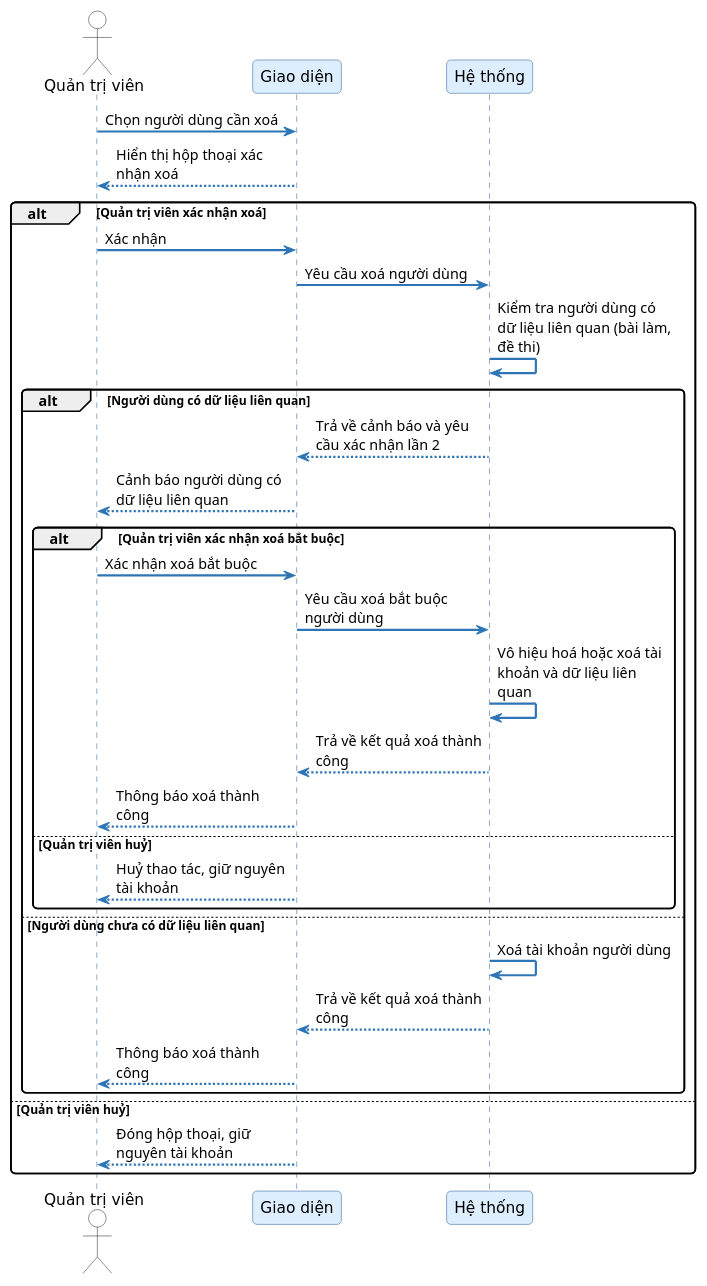
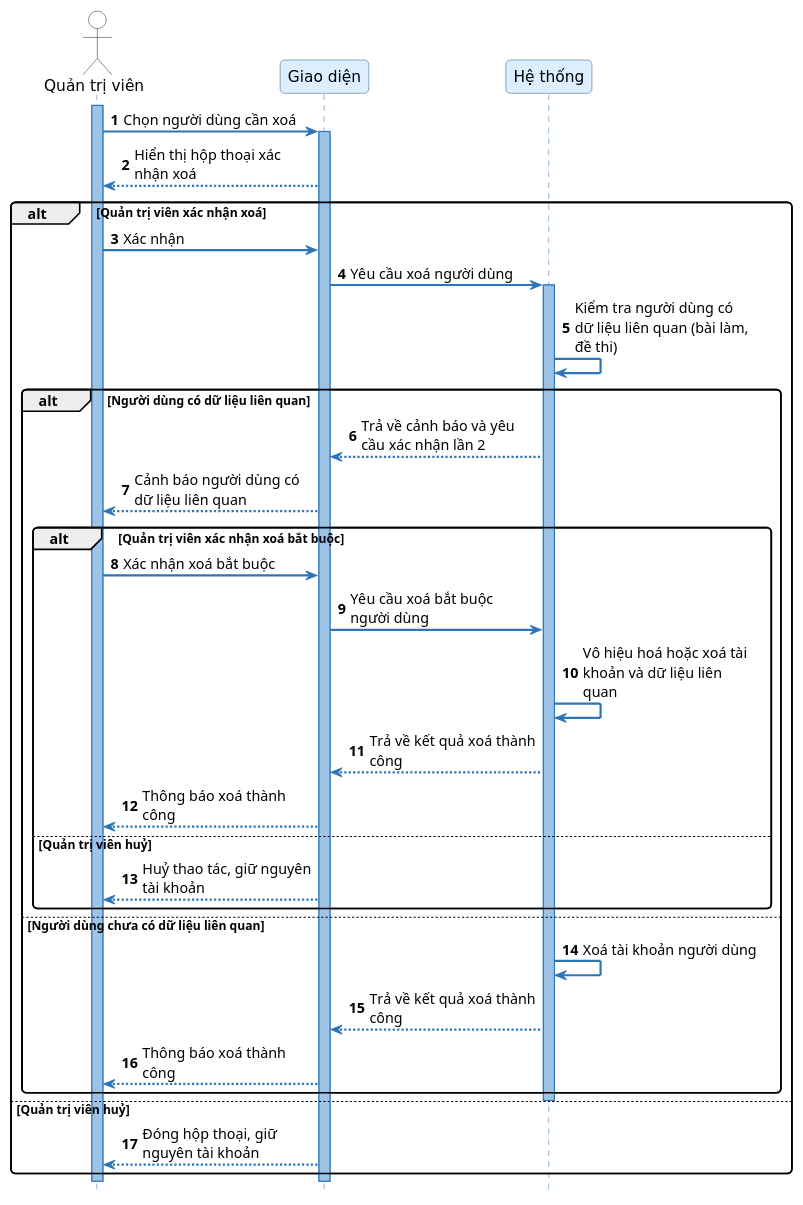
Before and after one commit to trantrungno3/ExamHub: the diagram in uml/seq_diagrams/SD43_xoa_nguoi_dung.puml, drawn with PlantUML. The commit also changed 100 other files, not shown here.

First line of the commit message:
Refactor sequence diagrams for exam generation and management

```diff
--- a/uml/seq_diagrams/SD43_xoa_nguoi_dung.puml
+++ b/uml/seq_diagrams/SD43_xoa_nguoi_dung.puml
@@ -1,56 +1,62 @@
-@startuml SD44_xoa_nguoi_dung
+@startuml SD43_xoa_nguoi_dung
+autonumber
 skinparam sequenceArrowThickness 2
 skinparam roundcorner 8
 skinparam maxmessagesize 160
 skinparam sequence {
     ArrowColor #2E75B6
     ActorBorderColor #333333
-    LifeLineBorderColor #336699
-    LifeLineBackgroundColor #EEF4FF
+    LifeLineBorderColor #2E75B6
+    LifeLineBackgroundColor #9DC3E6
     ParticipantBorderColor #336699
     ParticipantBackgroundColor #DDEEFF
     ParticipantFontSize 14
     ParticipantFontName "DejaVu Sans"
     ActorBackgroundColor White
     ActorFontName "DejaVu Sans"
     ActorFontSize 14
     NoteBackgroundColor #FFFFCC
     NoteBorderColor #CCCC00
 }
 skinparam fontname "DejaVu Sans"
+hide footbox
 
 actor "Quản trị viên" as Admin
 participant "Giao diện" as FE
 participant "Hệ thống" as SYS
 
-Admin -> FE : Chọn người dùng cần xoá
+activate Admin
+Admin -> FE ++ : Chọn người dùng cần xoá
 FE --> Admin : Hiển thị hộp thoại xác nhận xoá
 
 alt Quản trị viên xác nhận xoá
     Admin -> FE : Xác nhận
-    FE -> SYS : Yêu cầu xoá người dùng
+    FE -> SYS ++ : Yêu cầu xoá người dùng
     SYS -> SYS : Kiểm tra người dùng có dữ liệu liên quan (bài làm, đề thi)
 
     alt Người dùng có dữ liệu liên quan
         SYS --> FE : Trả về cảnh báo và yêu cầu xác nhận lần 2
         FE --> Admin : Cảnh báo người dùng có dữ liệu liên quan
 
         alt Quản trị viên xác nhận xoá bắt buộc
             Admin -> FE : Xác nhận xoá bắt buộc
             FE -> SYS : Yêu cầu xoá bắt buộc người dùng
             SYS -> SYS : Vô hiệu hoá hoặc xoá tài khoản và dữ liệu liên quan
             SYS --> FE : Trả về kết quả xoá thành công
             FE --> Admin : Thông báo xoá thành công
         else Quản trị viên huỷ
             FE --> Admin : Huỷ thao tác, giữ nguyên tài khoản
         end
     else Người dùng chưa có dữ liệu liên quan
         SYS -> SYS : Xoá tài khoản người dùng
         SYS --> FE : Trả về kết quả xoá thành công
         FE --> Admin : Thông báo xoá thành công
     end
+    deactivate SYS
 else Quản trị viên huỷ
     FE --> Admin : Đóng hộp thoại, giữ nguyên tài khoản
 end
+deactivate FE
+deactivate Admin
 
 @enduml
```
